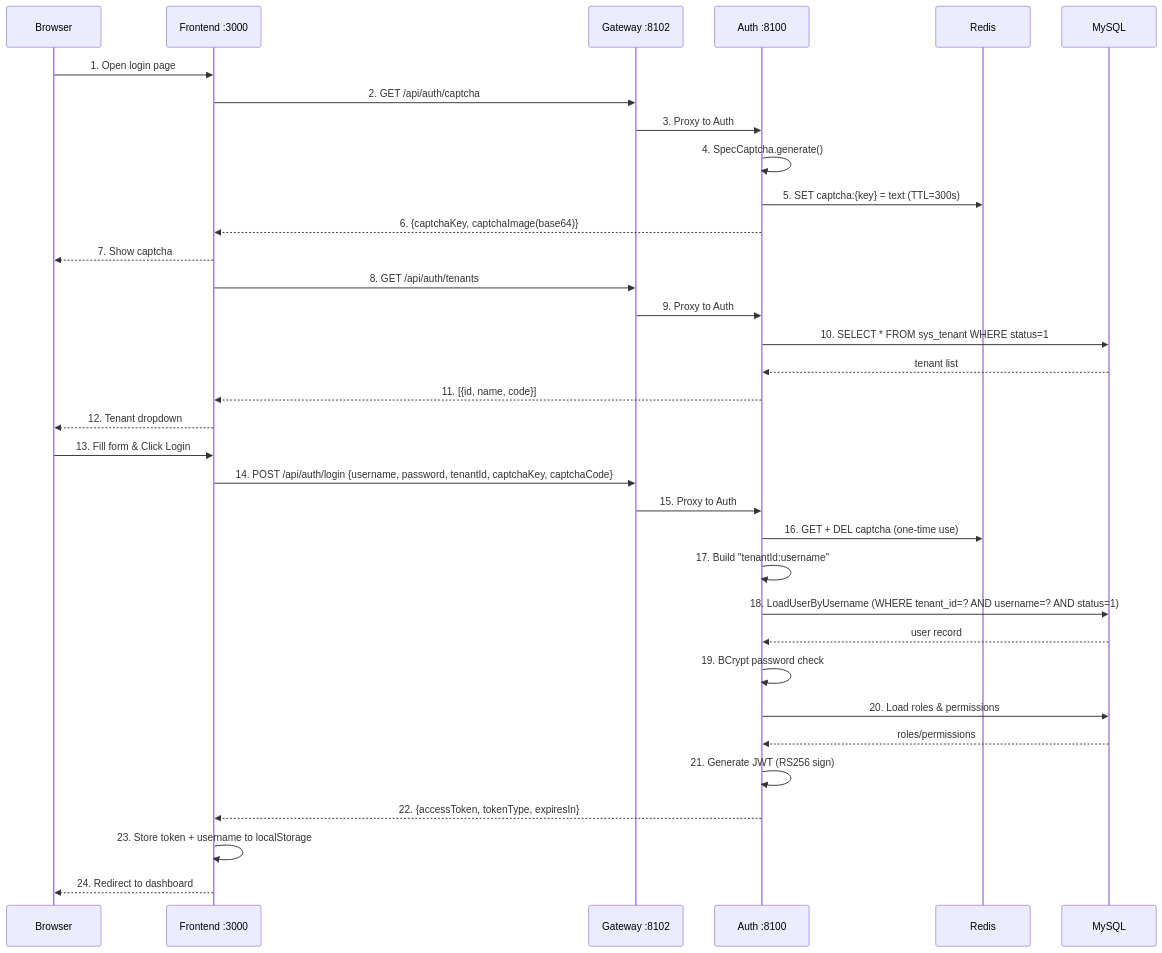
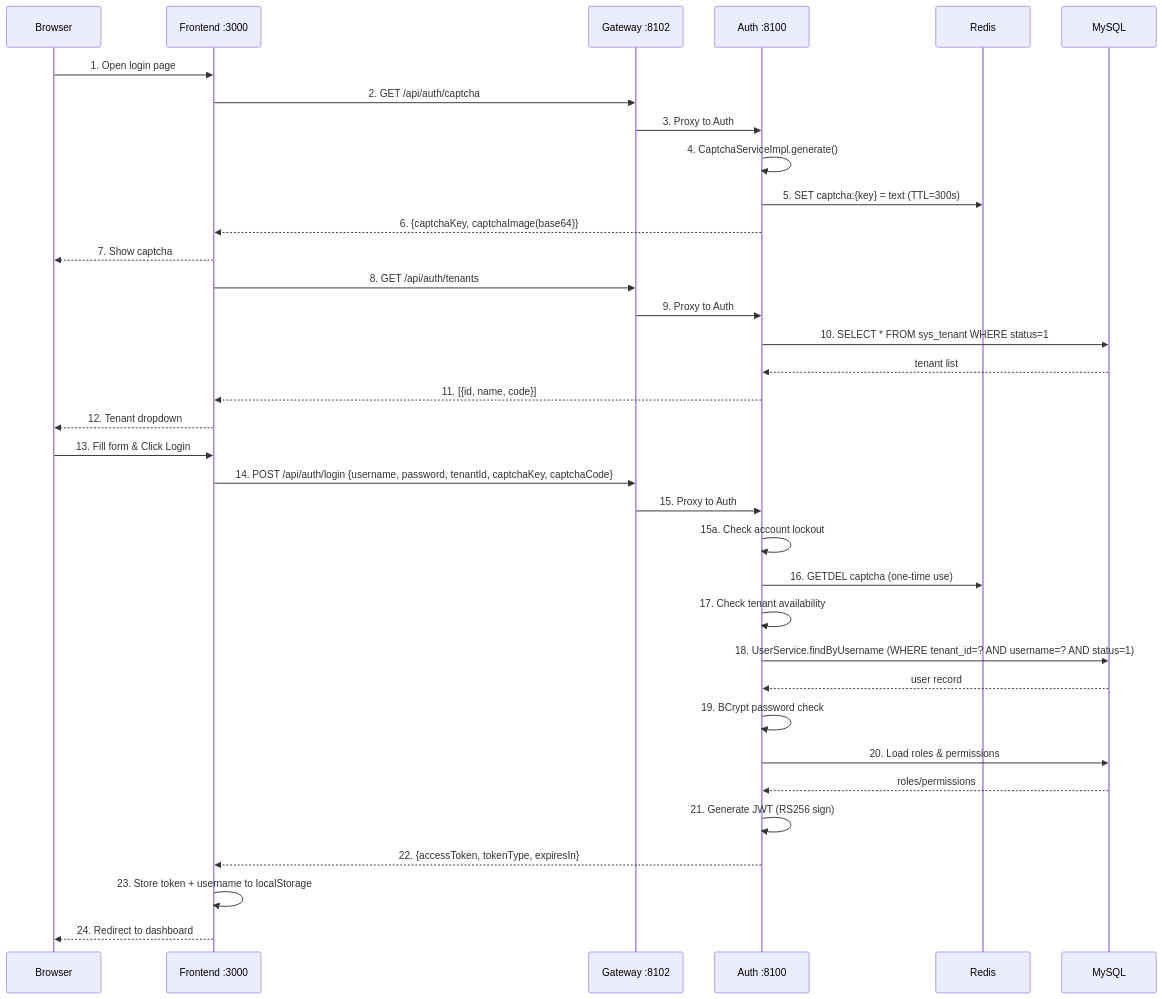
One commit to wang-baohai/Omni-Stack changed the first of 21 diagrams in docs/core-flows.en.md. Above: the diagram before and after it, drawn with Mermaid. The commit also changed other lines of this file and 1095 other files, not shown here.

````diff
--- a/docs/core-flows.en.md
+++ b/docs/core-flows.en.md
@@ -15,39 +14,40 @@
 ```mermaid
 sequenceDiagram
     participant B as Browser
     participant F as Frontend :3000
     participant G as Gateway :8102
     participant A as Auth :8100
     participant R as Redis
     participant M as MySQL
 
     B->>F: 1. Open login page
     F->>G: 2. GET /api/auth/captcha
     G->>A: 3. Proxy to Auth
-    A->>A: 4. SpecCaptcha.generate()
+    A->>A: 4. CaptchaServiceImpl.generate()
     A->>R: 5. SET captcha:{key} = text (TTL=300s)
     A-->>F: 6. {captchaKey, captchaImage(base64)}
     F-->>B: 7. Show captcha
 
     F->>G: 8. GET /api/auth/tenants
     G->>A: 9. Proxy to Auth
     A->>M: 10. SELECT * FROM sys_tenant WHERE status=1
     M-->>A: tenant list
     A-->>F: 11. [{id, name, code}]
     F-->>B: 12. Tenant dropdown
 
     B->>F: 13. Fill form & Click Login
     F->>G: 14. POST /api/auth/login {username, password, tenantId, captchaKey, captchaCode}
     G->>A: 15. Proxy to Auth
-    A->>R: 16. GET + DEL captcha (one-time use)
-    A->>A: 17. Build "tenantId:username"
-    A->>M: 18. LoadUserByUsername (WHERE tenant_id=? AND username=? AND status=1)
+    A->>A: 15a. Check account lockout
+    A->>R: 16. GETDEL captcha (one-time use)
+    A->>A: 17. Check tenant availability
+    A->>M: 18. UserService.findByUsername (WHERE tenant_id=? AND username=? AND status=1)
     M-->>A: user record
     A->>A: 19. BCrypt password check
     A->>M: 20. Load roles & permissions
     M-->>A: roles/permissions
     A->>A: 21. Generate JWT (RS256 sign)
     A-->>F: 22. {accessToken, tokenType, expiresIn}
     F->>F: 23. Store token + username to localStorage
     F-->>B: 24. Redirect to dashboard
 ```
````
